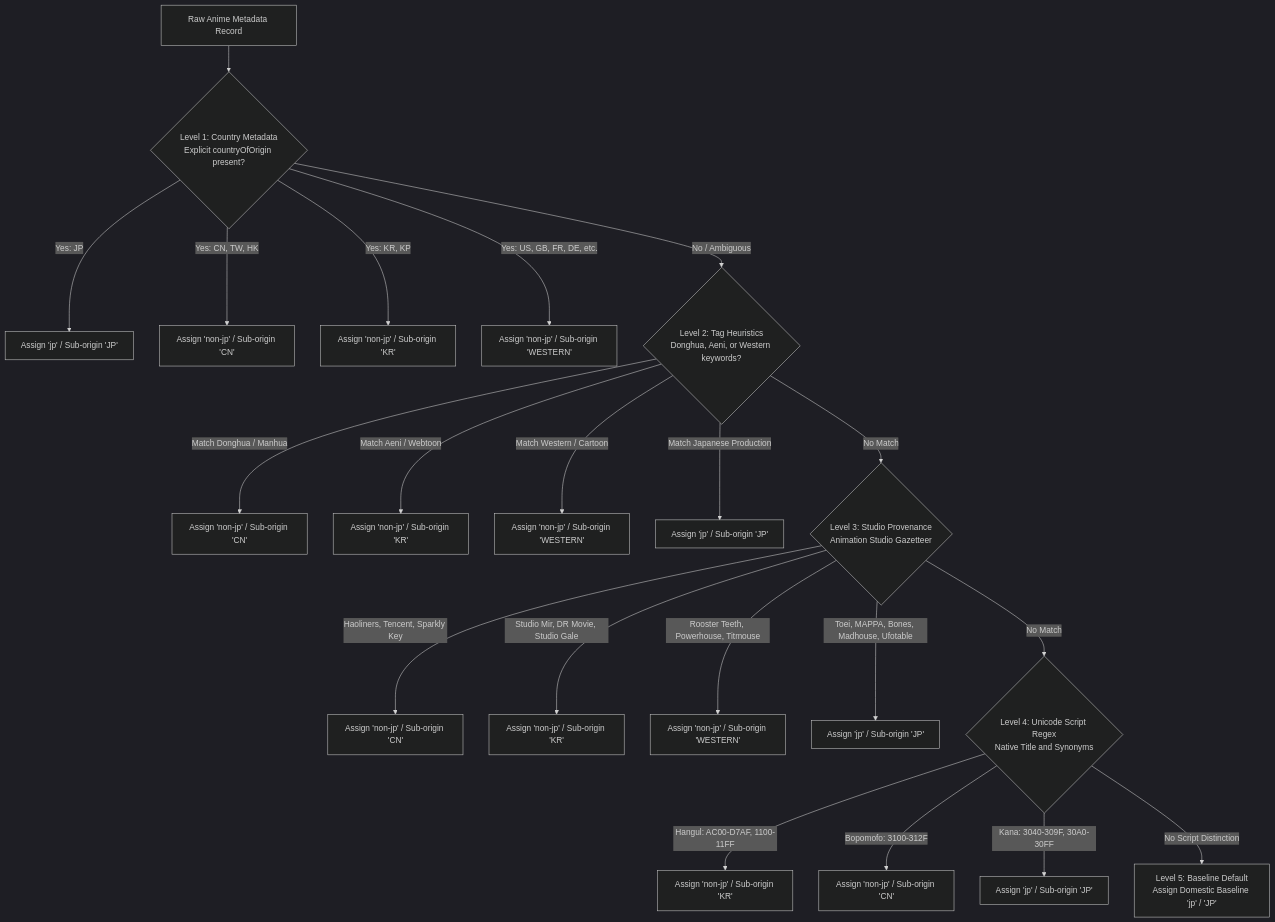
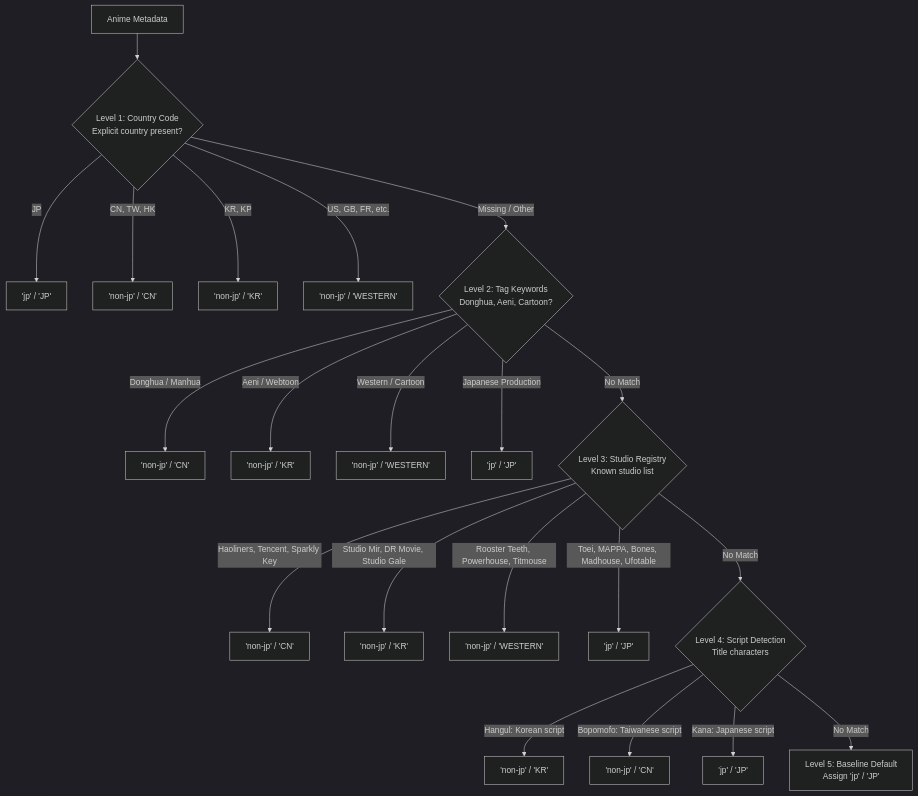
One commit to fizzflip/ai-powered-data-insights changed the second of 2 diagrams in README.md. Above: the diagram before and after it, drawn with Mermaid (dark theme). The commit also changed other lines of this file, not shown here.

````diff
--- a/README.md
+++ b/README.md
@@ -115,27 +117,27 @@
 ```mermaid
 flowchart TD
-    Start["Raw Anime Metadata Record"] --> L1{"Level 1: Country Metadata<br/>Explicit countryOfOrigin present?"}
-    L1 -->|Yes: JP| JP1["Assign 'jp' / Sub-origin 'JP'"]
-    L1 -->|Yes: CN, TW, HK| CN1["Assign 'non-jp' / Sub-origin 'CN'"]
-    L1 -->|Yes: KR, KP| KR1["Assign 'non-jp' / Sub-origin 'KR'"]
-    L1 -->|Yes: US, GB, FR, DE, etc.| W1["Assign 'non-jp' / Sub-origin 'WESTERN'"]
+    Start["Anime Metadata"] --> L1{"Level 1: Country Code<br/>Explicit country present?"}
+    L1 -->|JP| JP1["'jp' / 'JP'"]
+    L1 -->|CN, TW, HK| CN1["'non-jp' / 'CN'"]
+    L1 -->|KR, KP| KR1["'non-jp' / 'KR'"]
+    L1 -->|US, GB, FR, etc.| W1["'non-jp' / 'WESTERN'"]
     
-    L1 -->|No / Ambiguous| L2{"Level 2: Tag Heuristics<br/>Donghua, Aeni, or Western keywords?"}
-    L2 -->|Match Donghua / Manhua| CN2["Assign 'non-jp' / Sub-origin 'CN'"]
-    L2 -->|Match Aeni / Webtoon| KR2["Assign 'non-jp' / Sub-origin 'KR'"]
-    L2 -->|Match Western / Cartoon| W2["Assign 'non-jp' / Sub-origin 'WESTERN'"]
-    L2 -->|Match Japanese Production| JP2["Assign 'jp' / Sub-origin 'JP'"]
+    L1 -->|Missing / Other| L2{"Level 2: Tag Keywords<br/>Donghua, Aeni, Cartoon?"}
+    L2 -->|Donghua / Manhua| CN2["'non-jp' / 'CN'"]
+    L2 -->|Aeni / Webtoon| KR2["'non-jp' / 'KR'"]
+    L2 -->|Western / Cartoon| W2["'non-jp' / 'WESTERN'"]
+    L2 -->|Japanese Production| JP2["'jp' / 'JP'"]
     
-    L2 -->|No Match| L3{"Level 3: Studio Provenance<br/>Animation Studio Gazetteer"}
-    L3 -->|Haoliners, Tencent, Sparkly Key| CN3["Assign 'non-jp' / Sub-origin 'CN'"]
-    L3 -->|Studio Mir, DR Movie, Studio Gale| KR3["Assign 'non-jp' / Sub-origin 'KR'"]
-    L3 -->|Rooster Teeth, Powerhouse, Titmouse| W3["Assign 'non-jp' / Sub-origin 'WESTERN'"]
-    L3 -->|Toei, MAPPA, Bones, Madhouse, Ufotable| JP3["Assign 'jp' / Sub-origin 'JP'"]
+    L2 -->|No Match| L3{"Level 3: Studio Registry<br/>Known studio list"}
+    L3 -->|Haoliners, Tencent, Sparkly Key| CN3["'non-jp' / 'CN'"]
+    L3 -->|Studio Mir, DR Movie, Studio Gale| KR3["'non-jp' / 'KR'"]
+    L3 -->|Rooster Teeth, Powerhouse, Titmouse| W3["'non-jp' / 'WESTERN'"]
+    L3 -->|Toei, MAPPA, Bones, Madhouse, Ufotable| JP3["'jp' / 'JP'"]
     
-    L3 -->|No Match| L4{"Level 4: Unicode Script Regex<br/>Native Title and Synonyms"}
-    L4 -->|Hangul: AC00-D7AF, 1100-11FF| KR4["Assign 'non-jp' / Sub-origin 'KR'"]
-    L4 -->|Bopomofo: 3100-312F| CN4["Assign 'non-jp' / Sub-origin 'CN'"]
-    L4 -->|Kana: 3040-309F, 30A0-30FF| JP4["Assign 'jp' / Sub-origin 'JP'"]
+    L3 -->|No Match| L4{"Level 4: Script Detection<br/>Title characters"}
+    L4 -->|Hangul: Korean script| KR4["'non-jp' / 'KR'"]
+    L4 -->|Bopomofo: Taiwanese script| CN4["'non-jp' / 'CN'"]
+    L4 -->|Kana: Japanese script| JP4["'jp' / 'JP'"]
     
-    L4 -->|No Script Distinction| L5["Level 5: Baseline Default<br/>Assign Domestic Baseline 'jp' / 'JP'"]
+    L4 -->|No Match| L5["Level 5: Baseline Default<br/>Assign 'jp' / 'JP'"]
 ```
````
